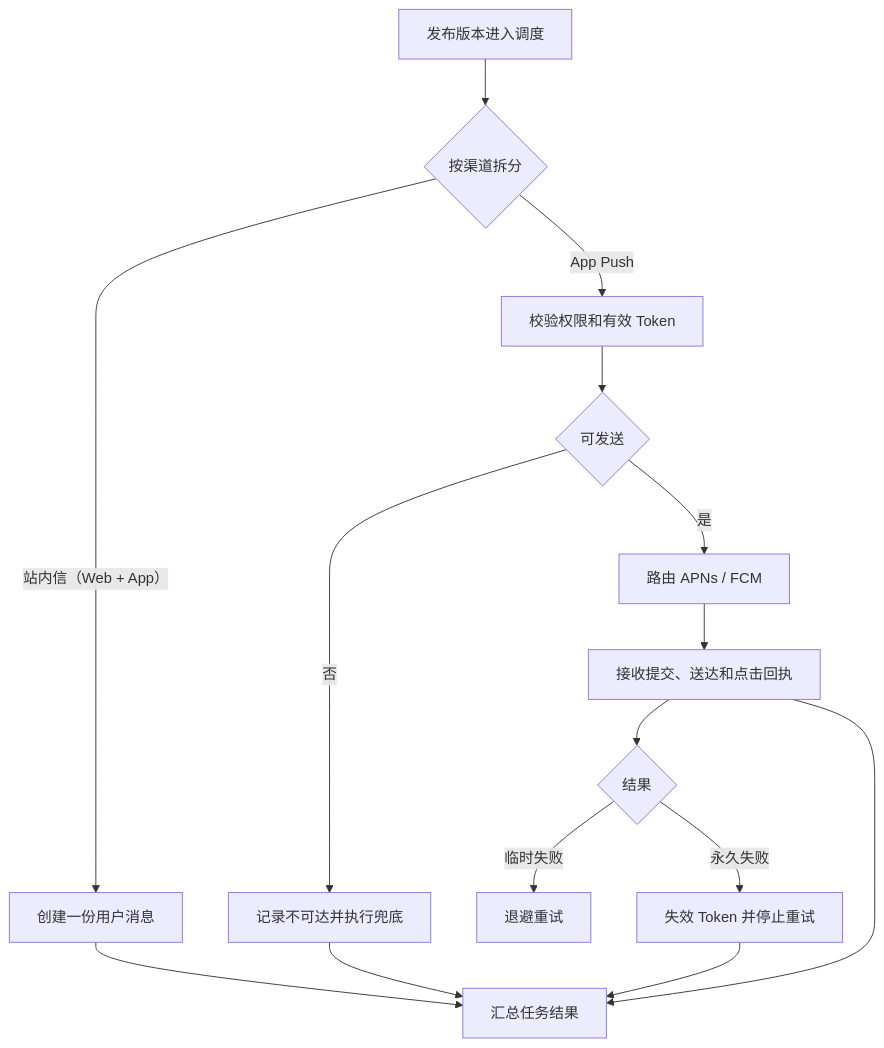
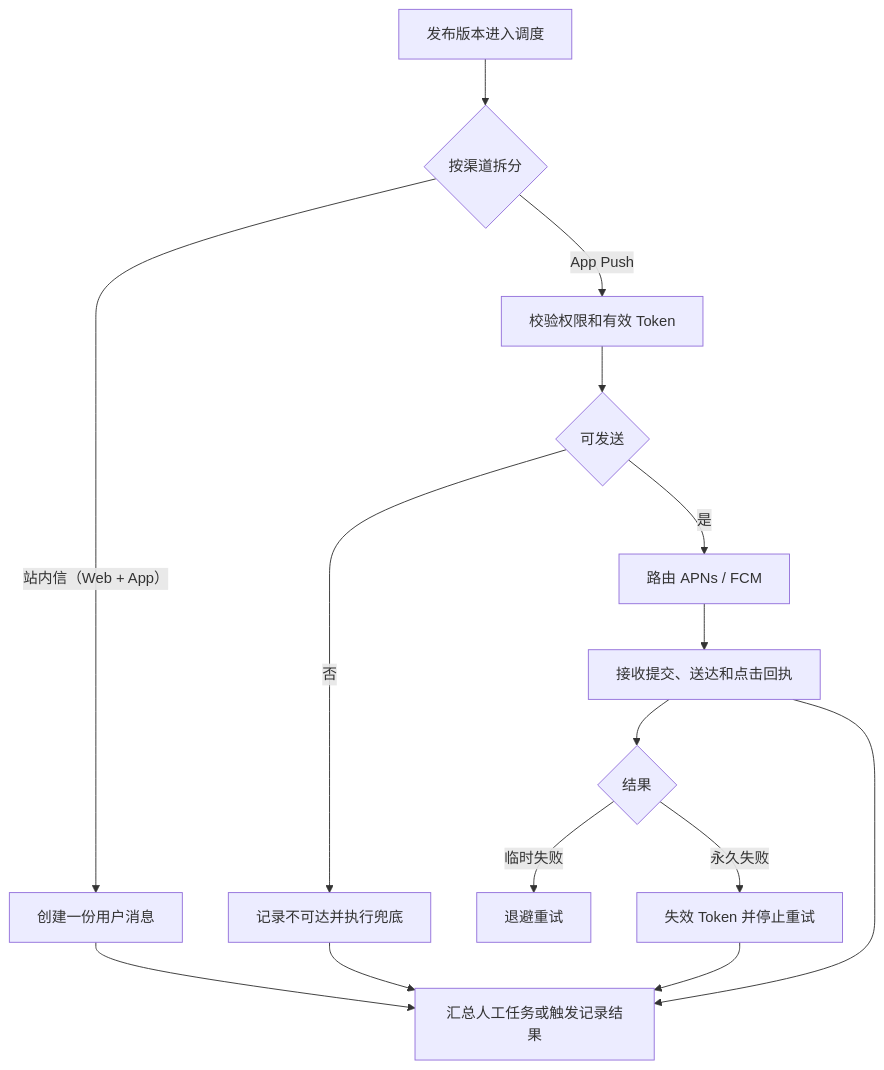
The diagram in docs/prd/message-center/07-渠道与发送记录.md (Gary20001016/ForX-Finance-Prototype), drawn with Mermaid before and after one commit. The commit also changed other lines of this file and 32 other files, not shown here.

````diff
--- a/docs/prd/message-center/07-渠道与发送记录.md
+++ b/docs/prd/message-center/07-渠道与发送记录.md
@@ -32,17 +32,17 @@
 ```mermaid
 flowchart TD
     A["发布版本进入调度"] --> B{"按渠道拆分"}
     B -->|"站内信（Web + App）"| C["创建一份用户消息"]
     B -->|"App Push"| D["校验权限和有效 Token"]
     D --> E{"可发送"}
     E -->|"否"| F["记录不可达并执行兜底"]
     E -->|"是"| G["路由 APNs / FCM"]
     G --> H["接收提交、送达和点击回执"]
     H --> I{"结果"}
     I -->|"临时失败"| J["退避重试"]
     I -->|"永久失败"| K["失效 Token 并停止重试"]
-    C --> L["汇总任务结果"]
+    C --> L["汇总人工任务或触发记录结果"]
     F --> L
     H --> L
     K --> L
 ```
````
